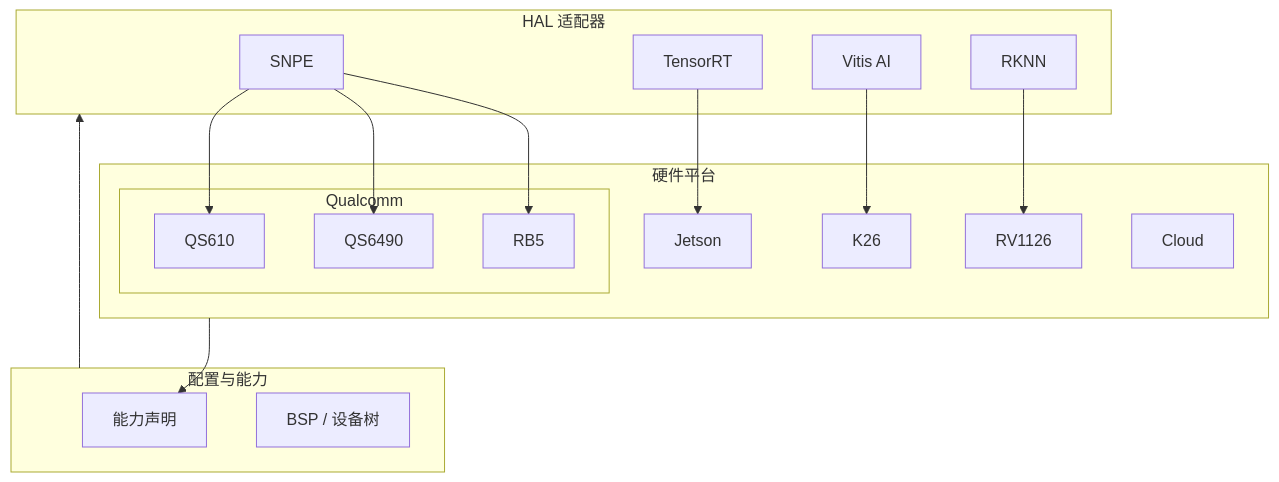
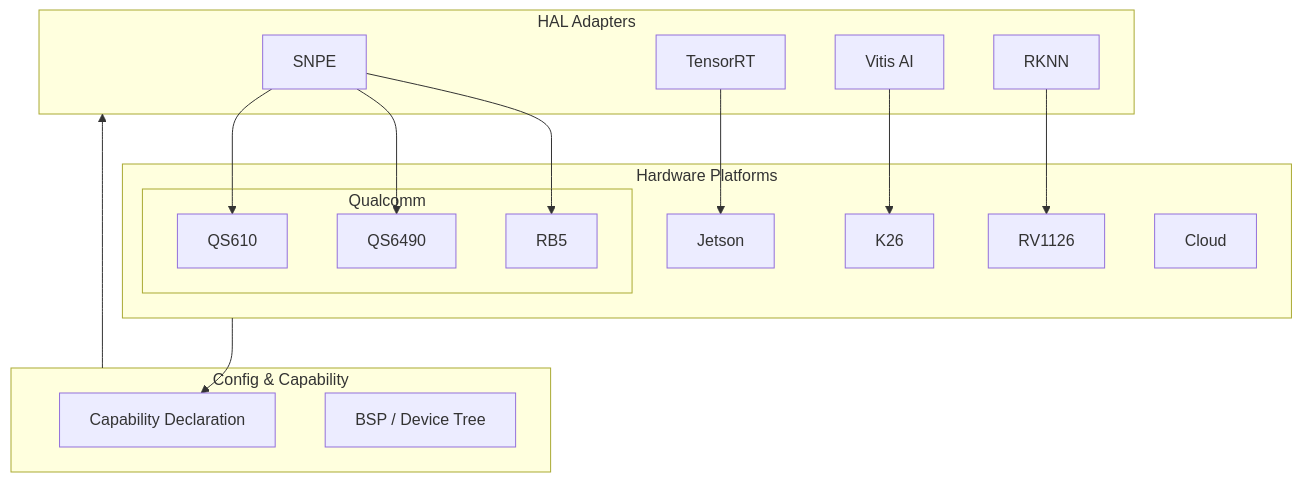
Before and after one commit to JeffRen1977/smartCamera: the diagram in docs/architecture/05_hardware_layer.md, drawn with Mermaid. The commit also changed other lines of this file and 36 other files, not shown here.

````diff
--- a/docs/architecture/05_hardware_layer.md
+++ b/docs/architecture/05_hardware_layer.md
@@ -19,35 +19,35 @@
 ```mermaid
 flowchart TB
-    subgraph HAL [HAL 适配器]
+    subgraph HAL [HAL Adapters]
         SNPE[SNPE]
         TRT[TensorRT]
         RKNN[RKNN]
         VitisAI[Vitis AI]
     end
 
-    subgraph Platforms [硬件平台]
+    subgraph Platforms [Hardware Platforms]
         subgraph Qualcomm [Qualcomm]
             QS610[QS610]
             QS6490[QS6490]
             RB5[RB5]
         end
         Jetson[Jetson]
         K26[K26]
         RV1126[RV1126]
         Cloud[Cloud]
     end
 
-    subgraph Config [配置与能力]
-        Capability[能力声明]
-        BSP[BSP / 设备树]
+    subgraph Config [Config & Capability]
+        Capability[Capability Declaration]
+        BSP[BSP / Device Tree]
     end
 
     SNPE --> QS610
     SNPE --> QS6490
     SNPE --> RB5
     TRT --> Jetson
     VitisAI --> K26
     RKNN --> RV1126
     Platforms --> Capability
     Config --> HAL
 ```
````
